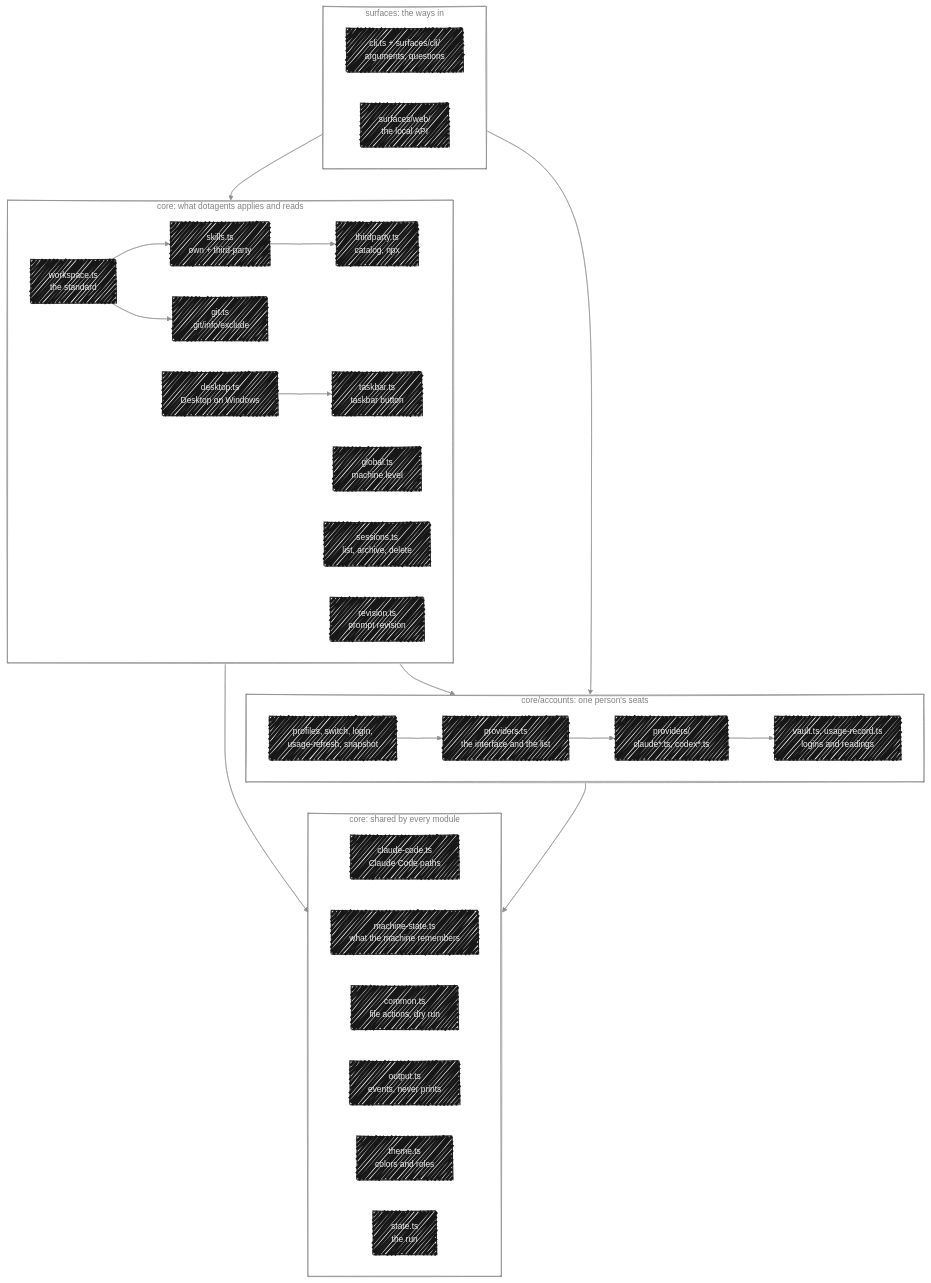
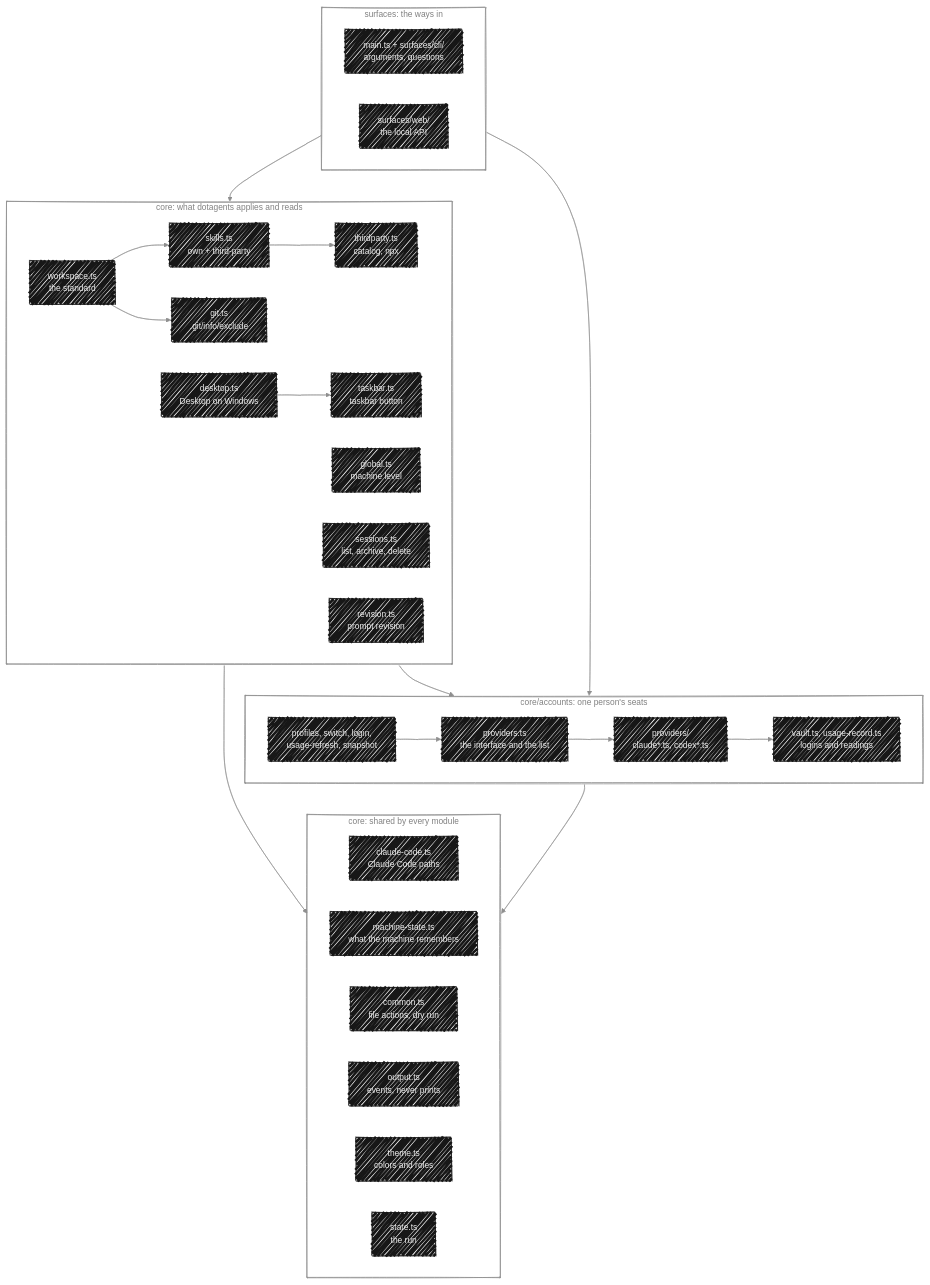
Before and after one commit to dotagents-org/dotagents-core: the diagram in docs/architecture.md, drawn with Mermaid. The commit also changed other lines of this file and 6 other files, not shown here.

````diff
--- a/docs/architecture.md
+++ b/docs/architecture.md
@@ -34,38 +35,38 @@
 ```mermaid
 %%{init: {"look": "handDrawn", "handDrawnSeed": 3, "theme": "base", "themeVariables": {"fontFamily": "Geist Mono, ui-monospace, SFMono-Regular, Menlo, Consolas, monospace", "fontSize": "14px", "primaryColor": "#171717", "primaryTextColor": "#ededed", "primaryBorderColor": "#171717", "lineColor": "#8f8f8f", "textColor": "#171717", "edgeLabelBackground": "#ededed", "clusterBkg": "transparent", "clusterBorder": "#8f8f8f", "titleColor": "#808080"}}}%%
 flowchart TB
     subgraph surfaces["surfaces: the ways in"]
         direction LR
-        cli["cli.ts + surfaces/cli/<br/>arguments, questions"]
+        cli["main.ts + surfaces/cli/<br/>arguments, questions"]
         web["surfaces/web/<br/>the local API"]
     end
 
     subgraph features["core: what dotagents applies and reads"]
         direction LR
         workspace["workspace.ts<br/>the standard"] --> skills["skills.ts<br/>own + third-party"] --> thirdparty["thirdparty.ts<br/>catalog, npx"]
         workspace --> git["git.ts<br/>.git/info/exclude"]
         global["global.ts<br/>machine level"]
         desktop["desktop.ts<br/>Desktop on Windows"] --> taskbar["taskbar.ts<br/>taskbar button"]
         sessions["sessions.ts<br/>list, archive, delete"]
         revision["revision.ts<br/>prompt revision"]
     end
 
     subgraph accounts["core/accounts: one person's seats"]
         direction LR
         coordination["profiles, switch, login,<br/>usage-refresh, snapshot"] --> providers["providers.ts<br/>the interface and the list"] --> adapters["providers/<br/>claude*.ts, codex*.ts"] --> storage["vault.ts, usage-record.ts<br/>logins and readings"]
     end
 
     subgraph shared["core: shared by every module"]
         direction LR
         paths["claude-code.ts<br/>Claude Code paths"]
         memory["machine-state.ts<br/>what the machine remembers"]
         common["common.ts<br/>file actions, dry run"]
         output["output.ts<br/>events, never prints"]
         theme["theme.ts<br/>colors and roles"]
         run["state.ts<br/>the run"]
     end
 
     surfaces --> features --> shared
     surfaces --> accounts --> shared
     features --> accounts
 ```
````
